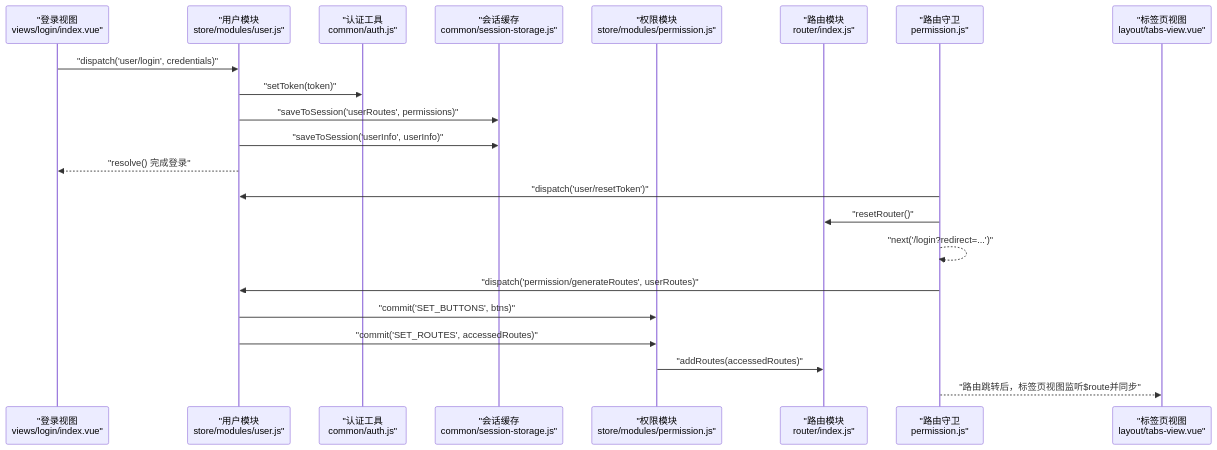
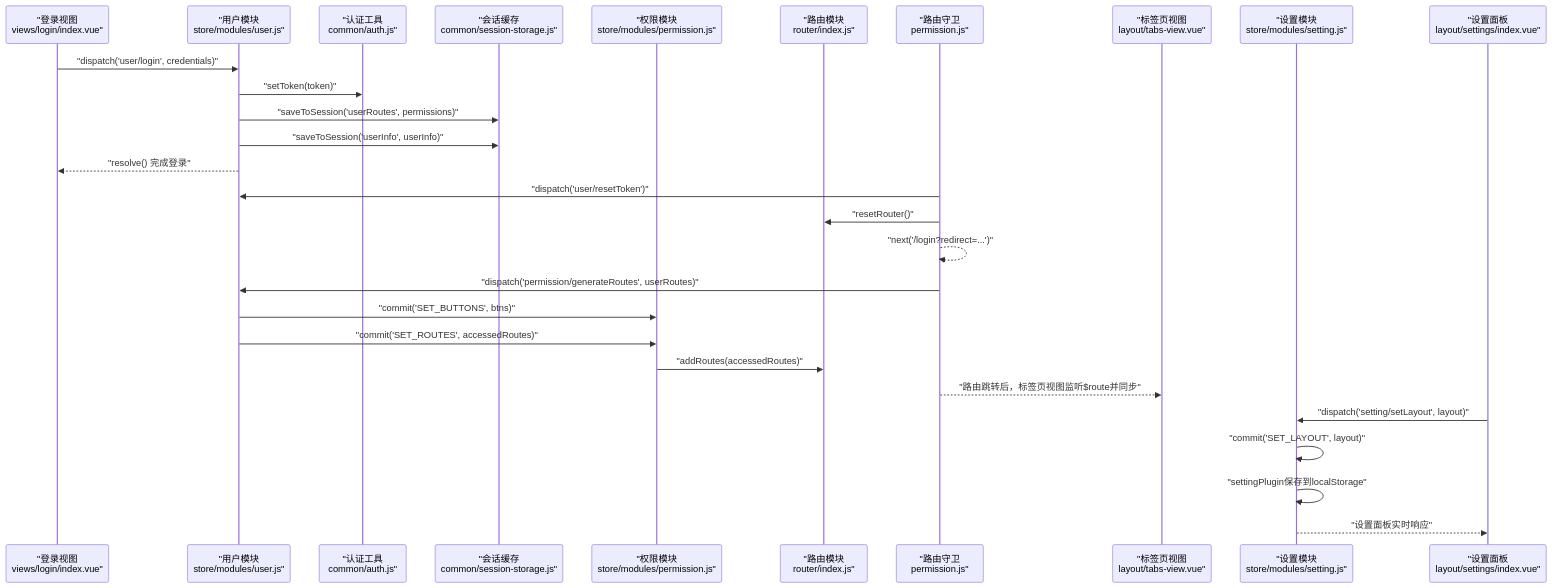
One commit to Neveryu/vue-cms changed the second of 6 diagrams in .qoder/repowiki/zh/content/架构设计/状态管理架构.md. Above: the diagram before and after it, drawn with Mermaid. The commit also changed other lines of this file and 8 other files, not shown here.

````diff
--- a/.qoder/repowiki/zh/content/架构设计/状态管理架构.md
+++ b/.qoder/repowiki/zh/content/架构设计/状态管理架构.md
@@ -121,24 +138,30 @@
 ```mermaid
 sequenceDiagram
 participant V as "登录视图<br/>views/login/index.vue"
 participant S as "用户模块<br/>store/modules/user.js"
 participant A as "认证工具<br/>common/auth.js"
 participant SS as "会话缓存<br/>common/session-storage.js"
 participant P as "权限模块<br/>store/modules/permission.js"
 participant R as "路由模块<br/>router/index.js"
 participant PG as "路由守卫<br/>permission.js"
 participant TV as "标签页视图<br/>layout/tabs-view.vue"
+participant ST as "设置模块<br/>store/modules/setting.js"
+participant SP as "设置面板<br/>layout/settings/index.vue"
 V->>S : "dispatch('user/login', credentials)"
 S->>A : "setToken(token)"
 S->>SS : "saveToSession('userRoutes', permissions)"
 S->>SS : "saveToSession('userInfo', userInfo)"
 S-->>V : "resolve() 完成登录"
 PG->>S : "dispatch('user/resetToken')"
 PG->>R : "resetRouter()"
 PG-->>PG : "next('/login?redirect=...')"
 PG->>S : "dispatch('permission/generateRoutes', userRoutes)"
 S->>P : "commit('SET_BUTTONS', btns)"
 S->>P : "commit('SET_ROUTES', accessedRoutes)"
 P->>R : "addRoutes(accessedRoutes)"
 PG-->>TV : "路由跳转后，标签页视图监听$route并同步"
+SP->>ST : "dispatch('setting/setLayout', layout)"
+ST->>ST : "commit('SET_LAYOUT', layout)"
+ST->>ST : "settingPlugin保存到localStorage"
+ST-->>SP : "设置面板实时响应"
 ```
````
